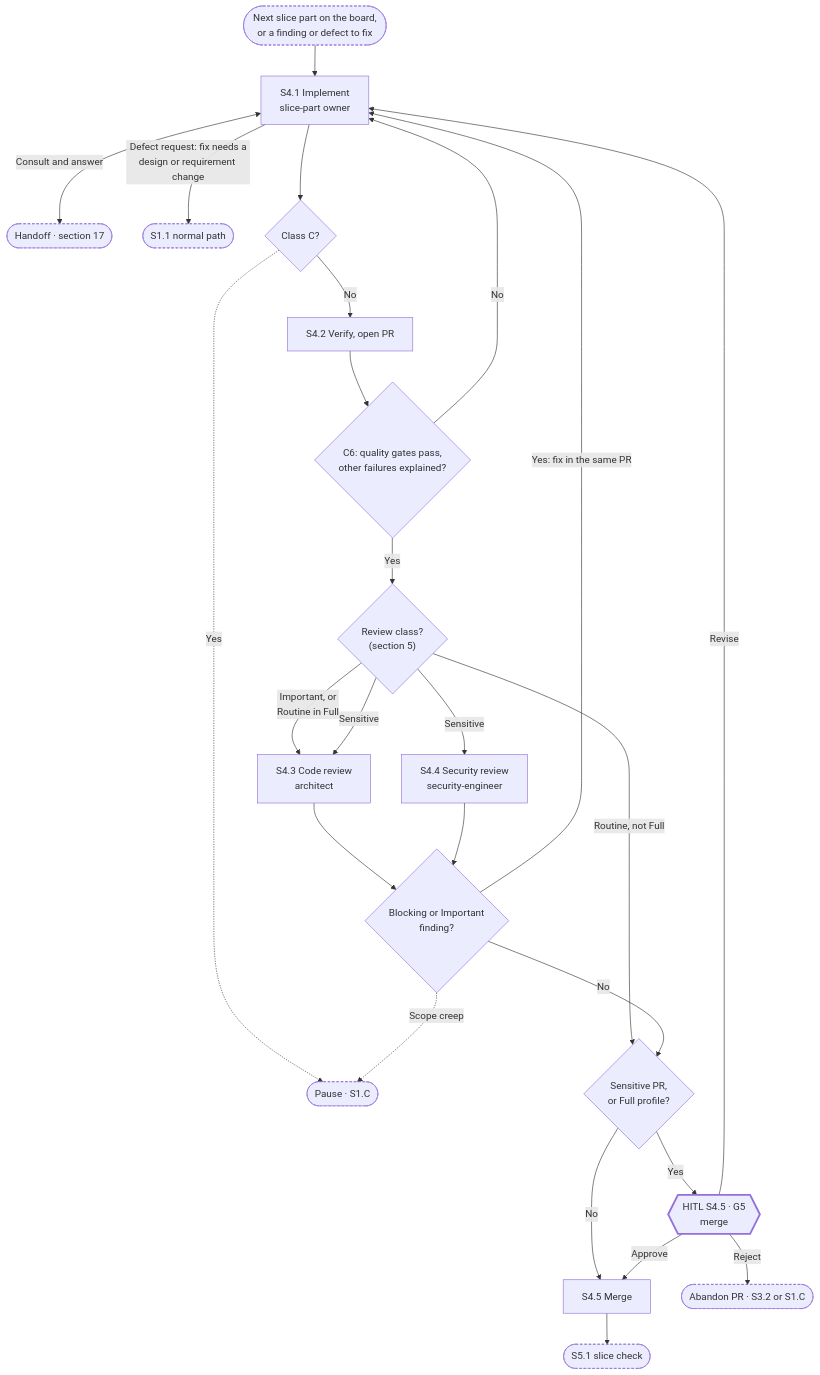
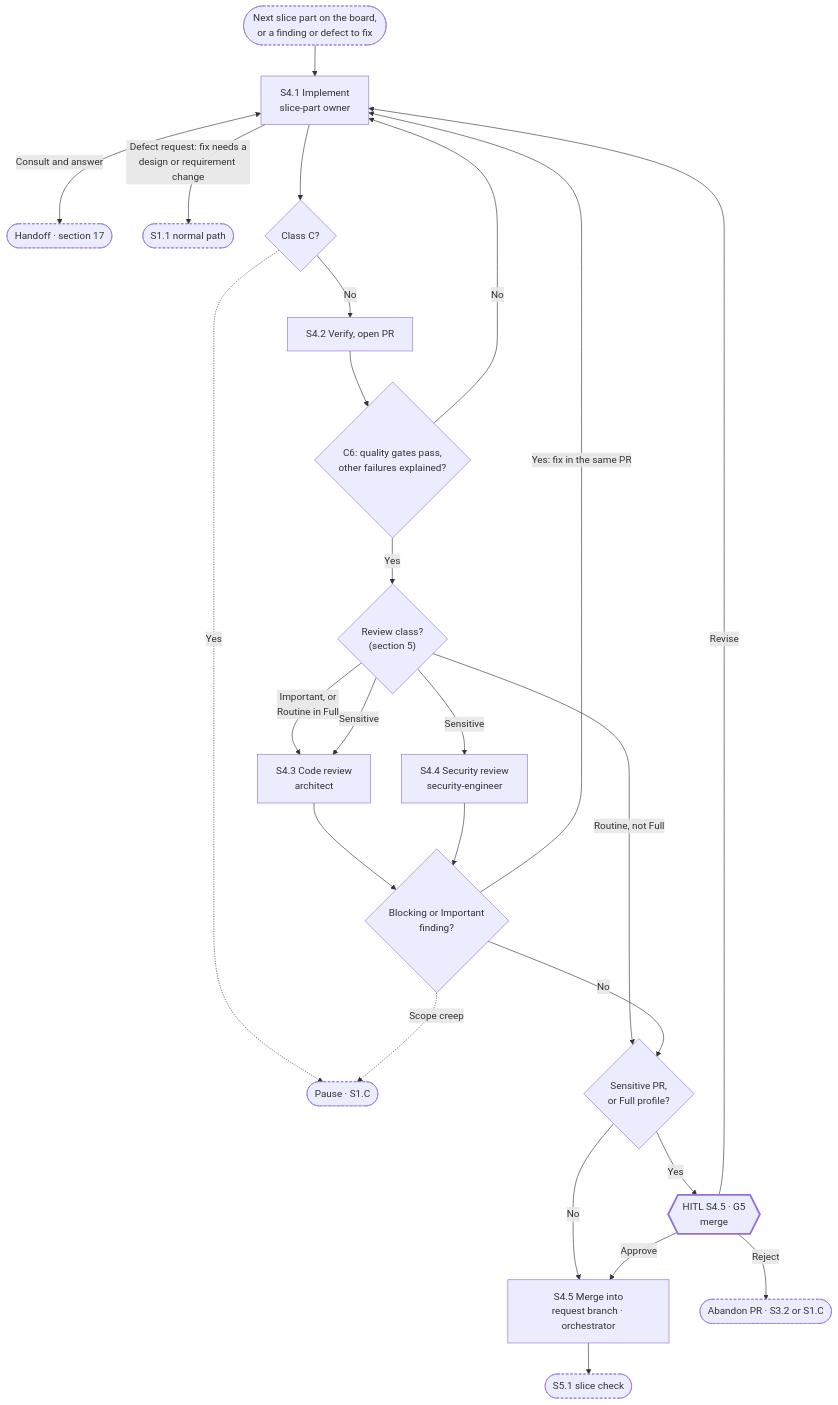
Before and after one commit to ddsofttech/oceanflows: the sixth of 9 diagrams in .cursor/sdlc/AGENT-SDLC-PLAYBOOK.md, drawn with Mermaid. The commit also changed other lines of this file and 57 other files, not shown here.

````diff
--- a/.cursor/sdlc/AGENT-SDLC-PLAYBOOK.md
+++ b/.cursor/sdlc/AGENT-SDLC-PLAYBOOK.md
@@ -671,29 +686,29 @@
 ```mermaid
 flowchart TD
   in(["Next slice part on the board,<br/>or a finding or defect to fix"]):::ref --> s41["S4.1 Implement<br/>slice-part owner"]
   s41 <-->|"Consult and answer"| ho(["Handoff · section 17"]):::ref
   s41 -->|"Defect request: fix needs a<br/>design or requirement change"| s11(["S1.1 normal path"]):::ref
   s41 --> cc{"Class C?"}
   cc -.->|Yes| s1c(["Pause · S1.C"]):::ref
   cc -->|No| s42["S4.2 Verify, open PR"]
   s42 --> ci{"C6: quality gates pass,<br/>other failures explained?"}
   ci -->|No| s41
   ci -->|Yes| cls{"Review class?<br/>(section 5)"}
   cls -->|"Routine, not Full"| sens
   cls -->|"Important, or<br/>Routine in Full"| s43["S4.3 Code review<br/>architect"]
   cls -->|"Sensitive"| s43
   cls -->|"Sensitive"| s44["S4.4 Security review<br/>security-engineer"]
   s43 --> f{"Blocking or Important<br/>finding?"}
   s44 --> f
   f -->|"Yes: fix in the same PR"| s41
   f -.->|"Scope creep"| s1c
   f -->|No| sens{"Sensitive PR,<br/>or Full profile?"}
-  sens -->|No| merge["S4.5 Merge"]
+  sens -->|No| merge["S4.5 Merge into<br/>request branch · orchestrator"]
   sens -->|Yes| g5{{"HITL S4.5 · G5<br/>merge"}}:::hitl
   g5 -->|Approve| merge
   g5 -->|Revise| s41
   g5 -->|Reject| back(["Abandon PR · S3.2 or S1.C"]):::ref
   merge --> s51(["S5.1 slice check"]):::ref
   classDef hitl stroke-width:3px
   classDef ref stroke-dasharray:4 3
 ```
````
